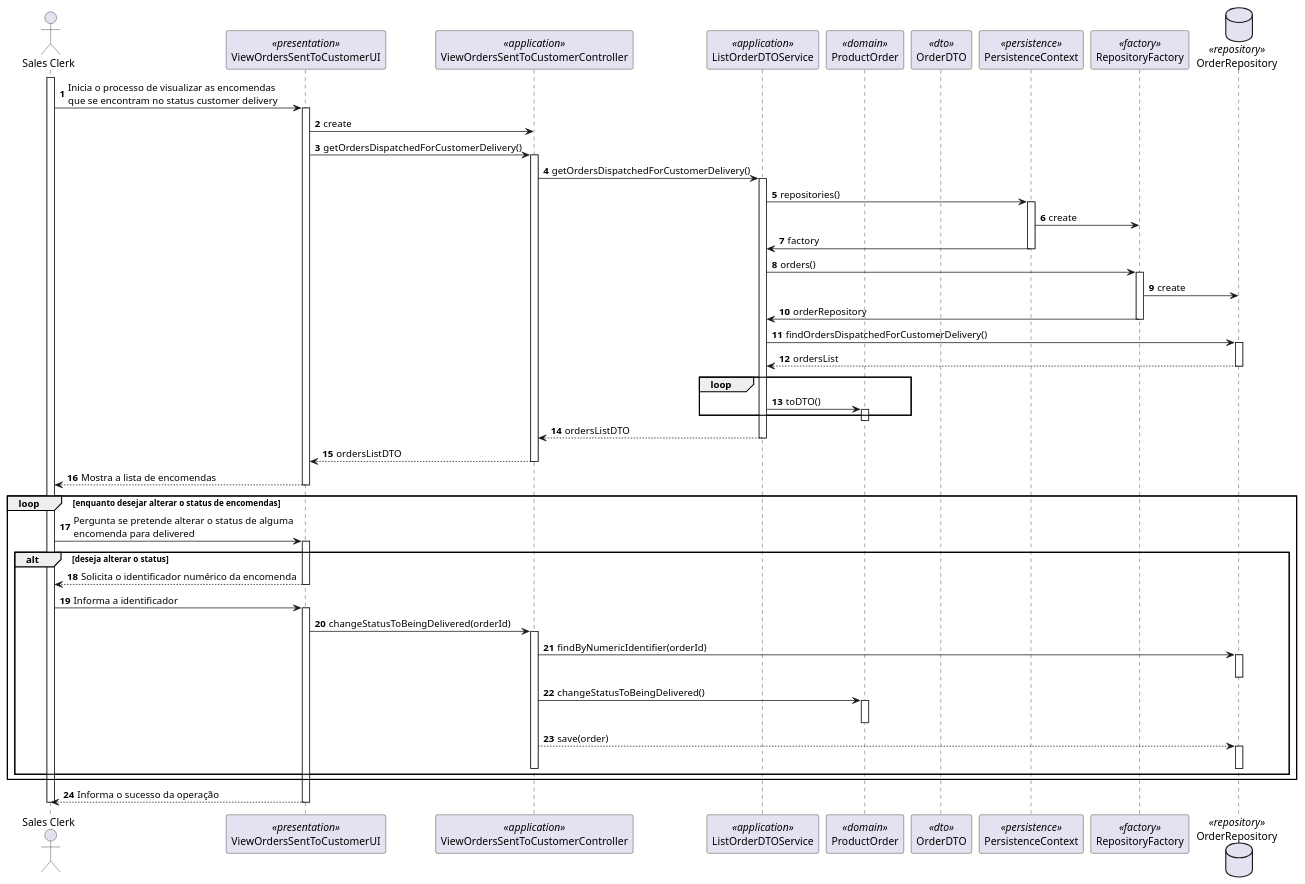
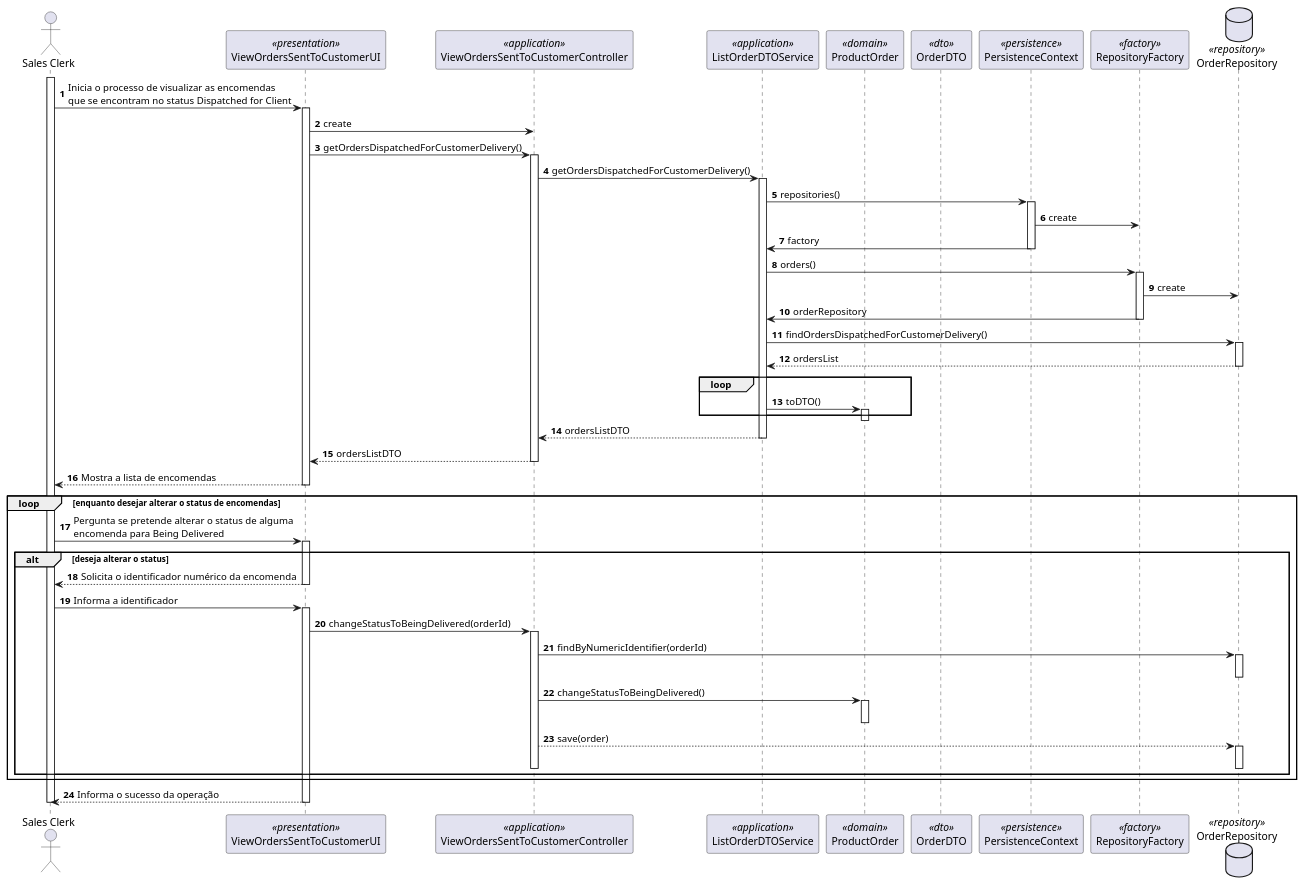
Before and after one commit to 0franciscor/lei21_22_s4_2de_01: the diagram in docs/1201386/US1006/SD_AlterarStatusDaOrderParaDelivered.puml, drawn with PlantUML. The commit also changed 6 other files, not shown here.

```diff
--- a/docs/1201386/US1006/SD_AlterarStatusDaOrderParaDelivered.puml
+++ b/docs/1201386/US1006/SD_AlterarStatusDaOrderParaDelivered.puml
@@ -1,73 +1,73 @@
 @startuml
 
 autonumber
 actor "Sales Clerk" as SC
 participant ViewOrdersSentToCustomerUI as UI <<presentation>>
 participant ViewOrdersSentToCustomerController as Controller <<application>>
 participant ListOrderDTOService as serv <<application>>
 participant "ProductOrder" as Domain <<domain>>
 participant "OrderDTO" as DTO <<dto>>
 participant PersistenceContext as Persistence <<persistence>>
 participant RepositoryFactory as Factory <<factory>>
 database OrderRepository as repository <<repository>>
 
 activate SC
-SC -> UI : Inicia o processo de visualizar as encomendas\nque se encontram no status customer delivery
+SC -> UI : Inicia o processo de visualizar as encomendas\nque se encontram no status Dispatched for Client
 activate UI
 UI -> Controller: create
 UI -> Controller: getOrdersDispatchedForCustomerDelivery()
 activate Controller
 Controller -> serv: getOrdersDispatchedForCustomerDelivery()
 activate serv
 serv -> Persistence: repositories()
 activate Persistence
 Persistence -> Factory: create
 Persistence -> serv: factory
 deactivate Persistence
 serv -> Factory: orders()
 activate Factory
 Factory -> repository: create
 Factory -> serv: orderRepository
 deactivate Factory
 serv->repository:findOrdersDispatchedForCustomerDelivery()
 activate repository
 repository --> serv: ordersList
 deactivate repository
 loop
 serv -> Domain: toDTO()
 activate Domain
 end
 deactivate Domain
 serv --> Controller: ordersListDTO
 deactivate serv
 Controller --> UI: ordersListDTO
 deactivate Controller
 UI --> SC : Mostra a lista de encomendas
 deactivate UI
 loop enquanto desejar alterar o status de encomendas
-SC -> UI : Pergunta se pretende alterar o status de alguma\nencomenda para delivered
+SC -> UI : Pergunta se pretende alterar o status de alguma\nencomenda para Being Delivered
 activate UI
 alt deseja alterar o status
 UI --> SC : Solicita o identificador numérico da encomenda
 deactivate UI
 SC -> UI : Informa a identificador
 activate UI
 UI -> Controller: changeStatusToBeingDelivered(orderId)
 activate Controller
 Controller->repository:findByNumericIdentifier(orderId)
 activate repository
 deactivate repository
 Controller -> Domain: changeStatusToBeingDelivered()
 activate Domain
 deactivate Domain
 Controller --> repository: save(order)
 activate repository
 deactivate repository
 deactivate Controller
 end
 end
 UI --> SC : Informa o sucesso da operação
 deactivate UI
 deactivate SC
 
 @enduml
```
